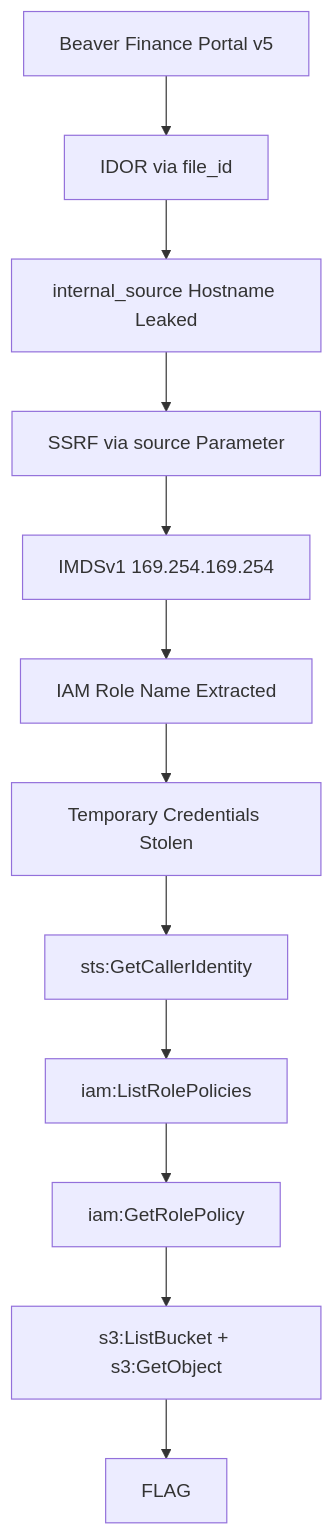
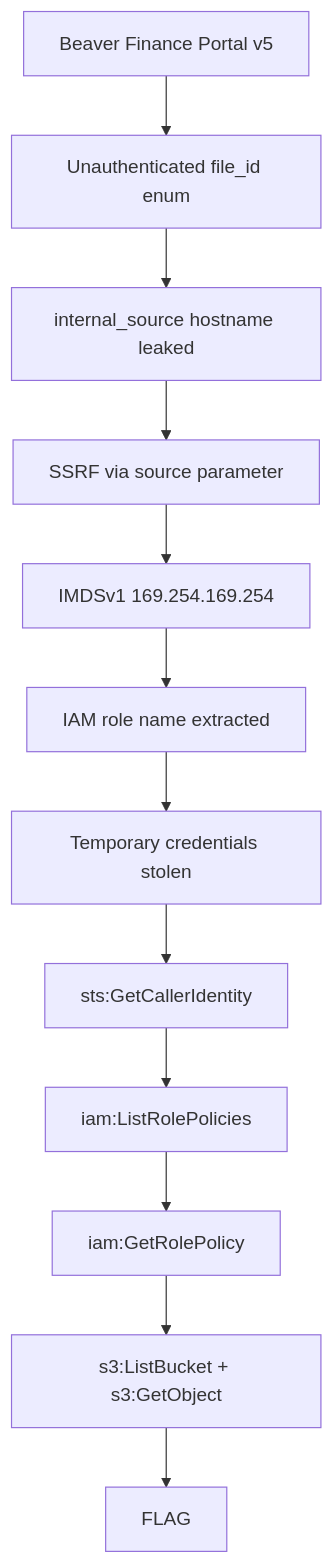
Before and after one commit to Beaver-Dam-Community/GnawLab: the diagram in scenarios/aws/02-shadow-api/legacy-bridge/README.md, drawn with Mermaid. The commit also changed other lines of this file and 8 other files, not shown here.

````diff
--- a/scenarios/aws/02-shadow-api/legacy-bridge/README.md
+++ b/scenarios/aws/02-shadow-api/legacy-bridge/README.md
@@ -57,14 +63,14 @@
 ```mermaid
 flowchart TB
-    A[Beaver Finance Portal v5] --> B[IDOR via file_id]
-    B --> C[internal_source Hostname Leaked]
-    C --> D[SSRF via source Parameter]
-    D --> E[IMDSv1 169.254.169.254]
-    E --> F[IAM Role Name Extracted]
-    F --> G[Temporary Credentials Stolen]
-    G --> H[sts:GetCallerIdentity]
-    H --> I[iam:ListRolePolicies]
-    I --> J[iam:GetRolePolicy]
-    J --> K[s3:ListBucket + s3:GetObject]
-    K --> L[FLAG]
+    A["Beaver Finance Portal v5"] --> B["Unauthenticated file_id enum"]
+    B --> C["internal_source hostname leaked"]
+    C --> D["SSRF via source parameter"]
+    D --> E["IMDSv1 169.254.169.254"]
+    E --> F["IAM role name extracted"]
+    F --> G["Temporary credentials stolen"]
+    G --> H["sts:GetCallerIdentity"]
+    H --> I["iam:ListRolePolicies"]
+    I --> J["iam:GetRolePolicy"]
+    J --> K["s3:ListBucket + s3:GetObject"]
+    K --> L["FLAG"]
 ```
````
